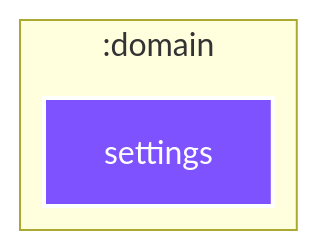
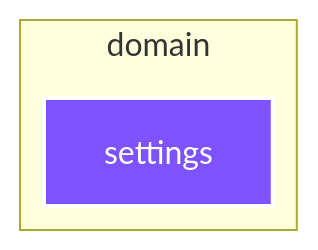
The diagram in domain/settings/README.md (SimonMarquis/Android-Playground), drawn with Mermaid before and after one commit. The commit also changed other lines of this file and 68 other files, not shown here.

````diff
--- a/domain/settings/README.md
+++ b/domain/settings/README.md
@@ -6,18 +6,18 @@
 ```mermaid
 ---
 config:
   layout: elk
   elk:
     nodePlacementStrategy: SIMPLE
 ---
 graph TB
-  subgraph :domain
+  subgraph :domain [domain]
     direction TB
     :domain:settings[settings]:::jvm
   end
 
 classDef android-application fill:#2C4162,stroke:#fff,stroke-width:2px,color:#fff;
 classDef android-library fill:#3BD482,stroke:#fff,stroke-width:2px,color:#fff;
 classDef android-test fill:#3BD482,stroke:#fff,stroke-width:2px,color:#fff;
 classDef jvm fill:#7F52FF,stroke:#fff,stroke-width:2px,color:#fff;
 ```
````
